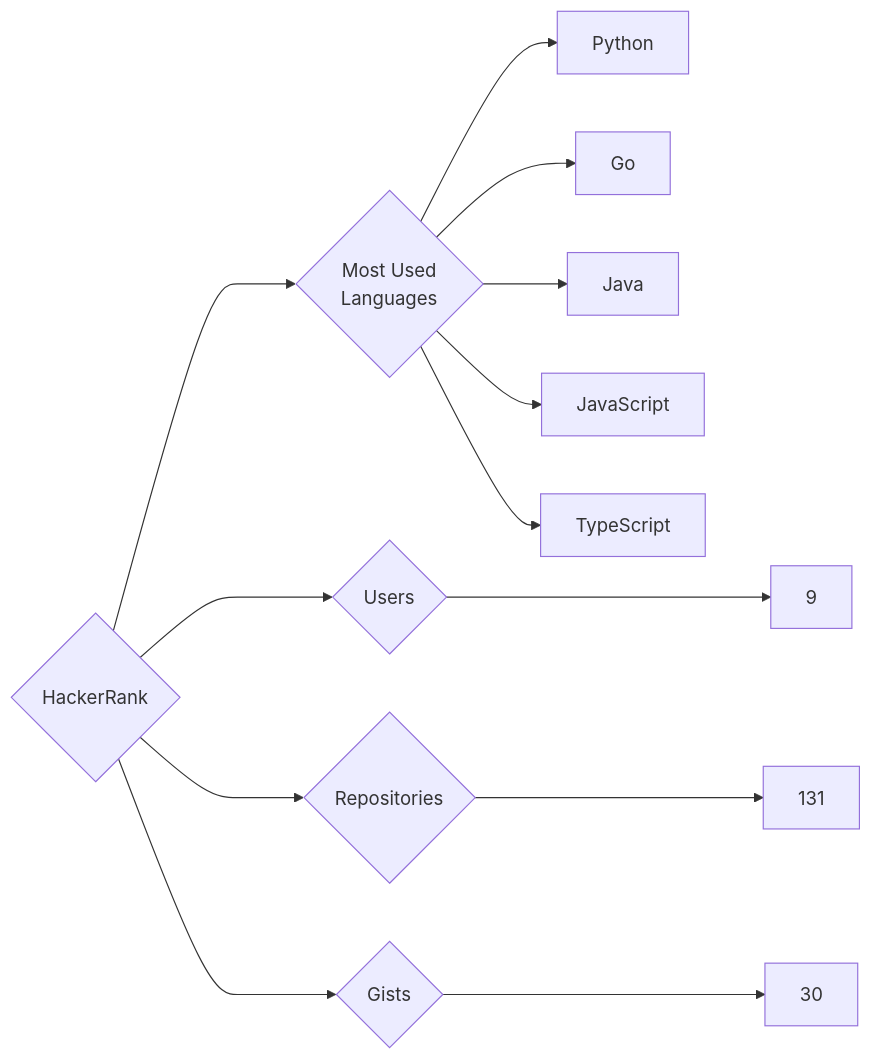
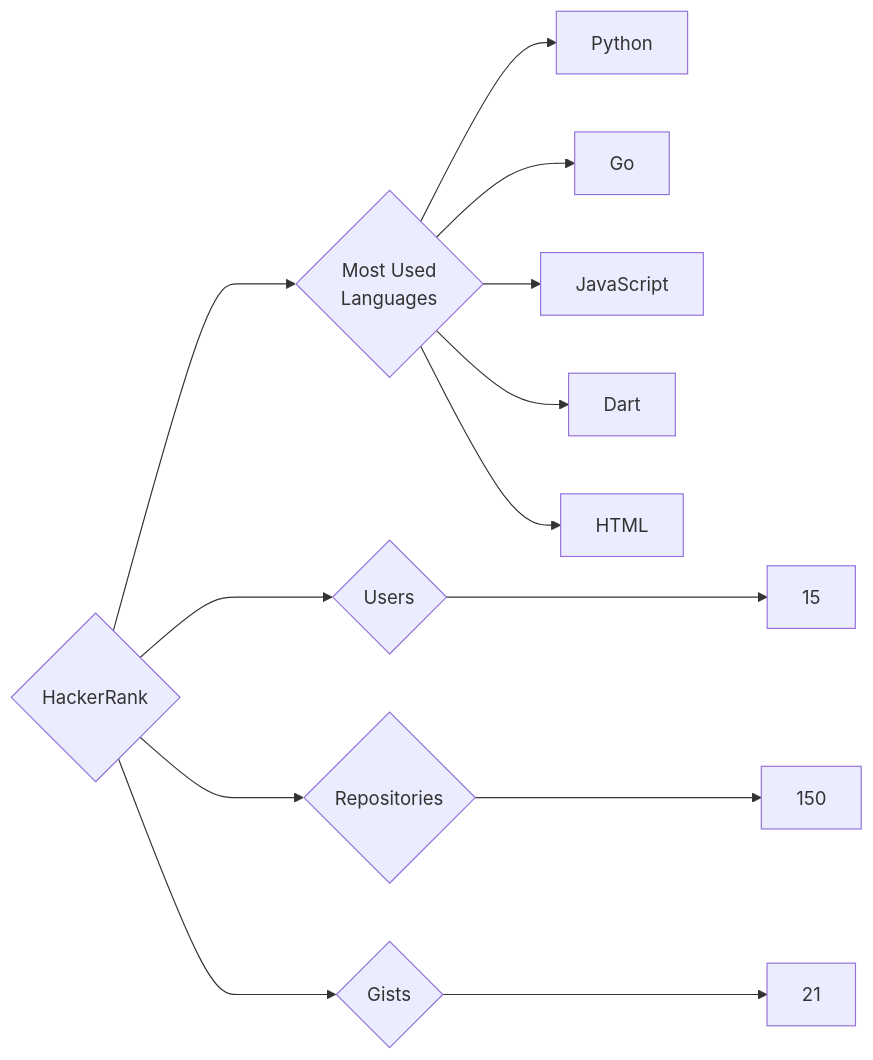
Before and after one commit to trickest/insiders: the diagram in targets/HackerRank/README.md, drawn with Mermaid. The commit also changed 988 other files, not shown here.

````diff
--- a/targets/HackerRank/README.md
+++ b/targets/HackerRank/README.md
@@ -3,13 +3,13 @@
 ```mermaid
 graph LR
 COMPANY_NAME{HackerRank}
-COMPANY_NAME ---> U{Users} ---> UN[9]
-COMPANY_NAME ---> R{Repositories} ---> RN[131]
-COMPANY_NAME ---> G{Gists} ---> GN[30]
+COMPANY_NAME ---> U{Users} ---> UN[15]
+COMPANY_NAME ---> R{Repositories} ---> RN[150]
+COMPANY_NAME ---> G{Gists} ---> GN[21]
 COMPANY_NAME ---> ML{Most Used<br>Languages}
 ML --> Python[Python]
 ML --> Go[Go]
-ML --> Java[Java]
 ML --> JavaScript[JavaScript]
-ML --> TypeScript[TypeScript]
+ML --> Dart[Dart]
+ML --> HTML[HTML]
 ```
````
